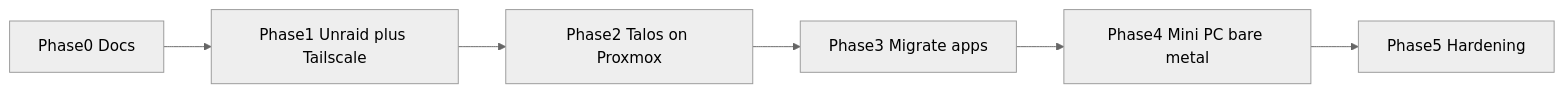
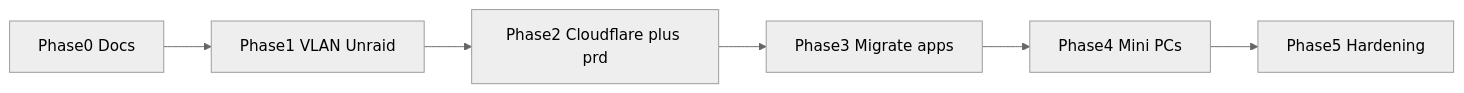
One commit to jacobdrury/homelab changed the diagram in docs/migration-roadmap.md. Above: the diagram before and after it, drawn with Mermaid (neutral theme). The commit also changed other lines of this file and 3 other files, not shown here.

````diff
--- a/docs/migration-roadmap.md
+++ b/docs/migration-roadmap.md
@@ -102,10 +103,10 @@
 ```mermaid
 flowchart LR
   P0[Phase0 Docs]
-  P1[Phase1 Unraid plus Tailscale]
-  P2[Phase2 Talos on Proxmox]
+  P1[Phase1 VLAN Unraid]
+  P2[Phase2 Cloudflare plus prd]
   P3[Phase3 Migrate apps]
-  P4[Phase4 Mini PC bare metal]
+  P4[Phase4 Mini PCs]
   P5[Phase5 Hardening]
   P0 --> P1 --> P2 --> P3 --> P4 --> P5
 ```
````
